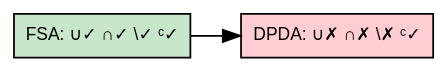
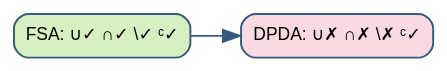
Before and after one commit to p0dyakov/inno_notes: the fourth of 17 diagrams in semester-2/Theoretical Computer Science/7.qmd, drawn with Graphviz. The commit also changed other lines of this file and 191 other files, not shown here.

````diff
--- a/semester-2/Theoretical Computer Science/7.qmd
+++ b/semester-2/Theoretical Computer Science/7.qmd
@@ -284,17 +284,17 @@
 ```{dot}
 //| fig-cap: "Closure properties: FSA vs DPDA"
 //| fig-width: 3.5
 //| fig-height: 0.7
 digraph closure_overview {
   rankdir=LR;
   bgcolor="transparent";
   ranksep=0.4;
-  node [fontname="Helvetica", fontsize=10, shape=box, style=filled, margin="0.08,0.04", height=0.35];
-  edge [fontname="Helvetica", fontsize=9];
+  node [fontname="Helvetica", fontsize=10, shape=box, style="filled,rounded", margin="0.08,0.04", height=0.35, color="#355c7d", penwidth=1.1];
+  edge [fontname="Helvetica", fontsize=9, color="#355c7d"];
 
-  FSA  [label="FSA: ∪✓ ∩✓ \\✓ ᶜ✓", fillcolor="#c8e6c9"];
-  DPDA [label="DPDA: ∪✗ ∩✗ \\✗ ᶜ✓", fillcolor="#ffcdd2"];
+  FSA  [label="FSA: ∪✓ ∩✓ \\✓ ᶜ✓", fillcolor="#d7f0c2"];
+  DPDA [label="DPDA: ∪✗ ∩✗ \\✗ ᶜ✓", fillcolor="#f9d9e2"];
 
   FSA -> DPDA;
 }
 ```
````
